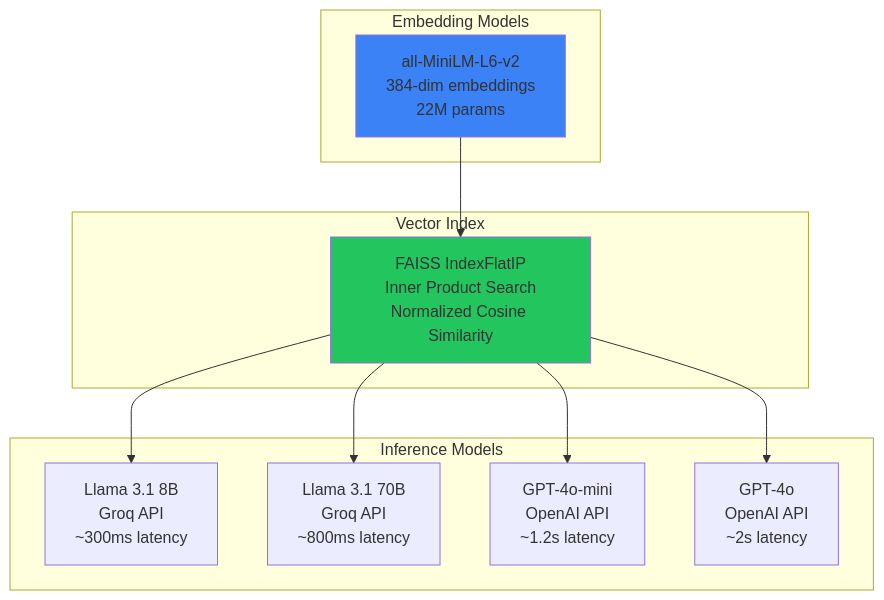
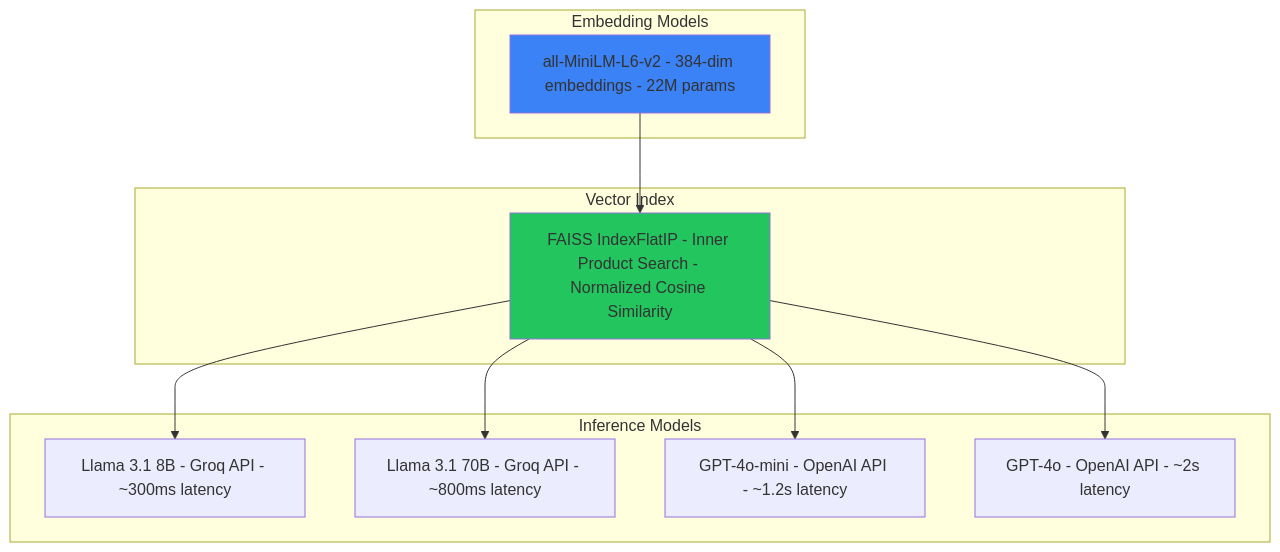
One commit to rishi02102017/swift-llm changed the eighth of 10 diagrams in README.md. Above: the diagram before and after it, drawn with Mermaid. The commit also changed other lines of this file, not shown here.

Commit message:
Fix Mermaid diagram syntax for GitHub rendering

````diff
--- a/README.md
+++ b/README.md
@@ -300,23 +300,23 @@
 ```mermaid
 graph TB
     subgraph Embedding Models
-        A[all-MiniLM-L6-v2<br/>384-dim embeddings<br/>22M params]
+        A[all-MiniLM-L6-v2 - 384-dim embeddings - 22M params]
     end
 
     subgraph Inference Models
-        B[Llama 3.1 8B<br/>Groq API<br/>~300ms latency]
-        C[Llama 3.1 70B<br/>Groq API<br/>~800ms latency]
-        D[GPT-4o-mini<br/>OpenAI API<br/>~1.2s latency]
-        E[GPT-4o<br/>OpenAI API<br/>~2s latency]
+        B[Llama 3.1 8B - Groq API - ~300ms latency]
+        C[Llama 3.1 70B - Groq API - ~800ms latency]
+        D[GPT-4o-mini - OpenAI API - ~1.2s latency]
+        E[GPT-4o - OpenAI API - ~2s latency]
     end
 
     subgraph Vector Index
-        F[FAISS IndexFlatIP<br/>Inner Product Search<br/>Normalized Cosine Similarity]
+        F[FAISS IndexFlatIP - Inner Product Search - Normalized Cosine Similarity]
     end
 
     A --> F
     F --> B & C & D & E
 
     style A fill:#3b82f6
     style F fill:#22c55e
 ```
````
